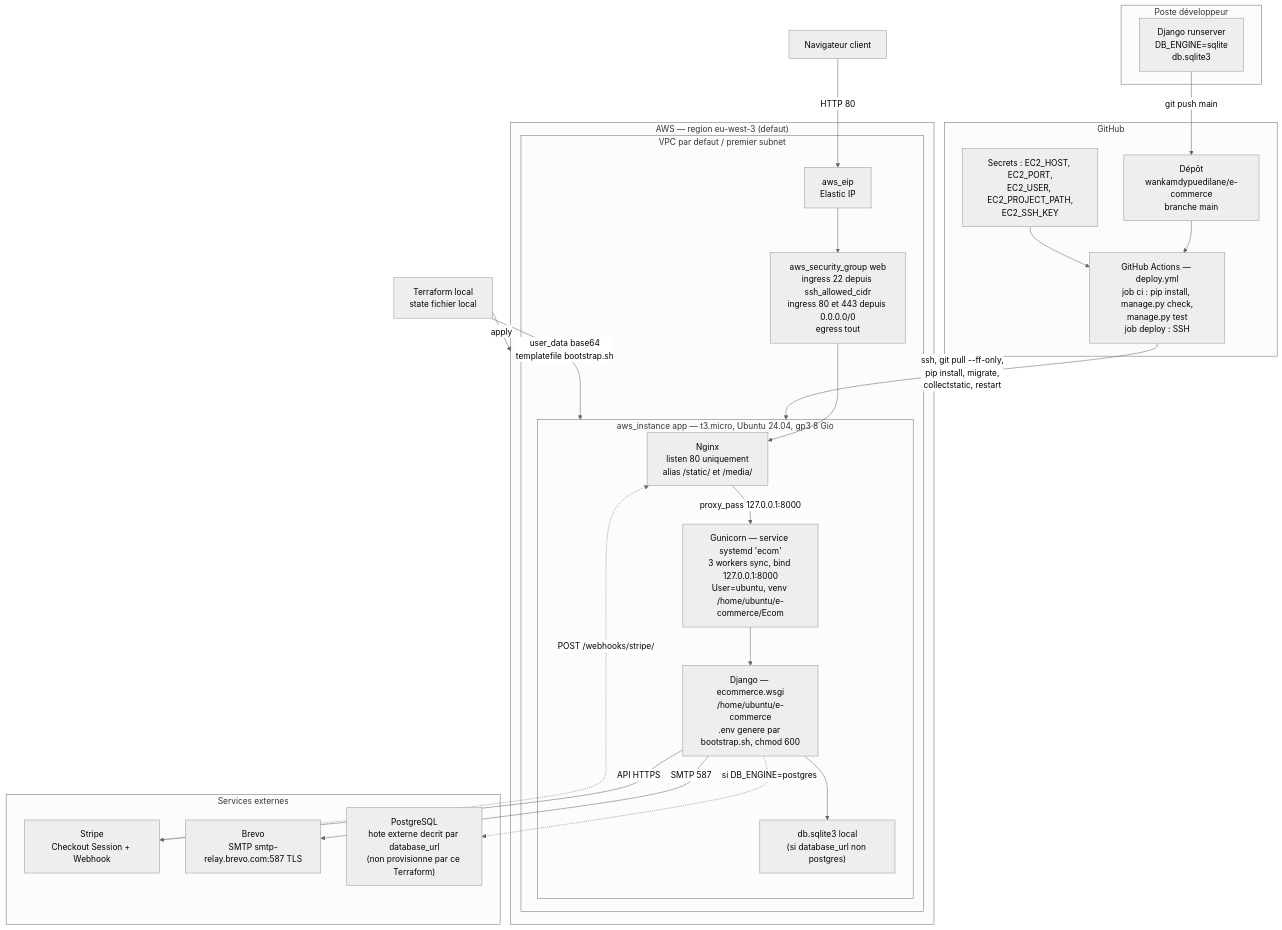
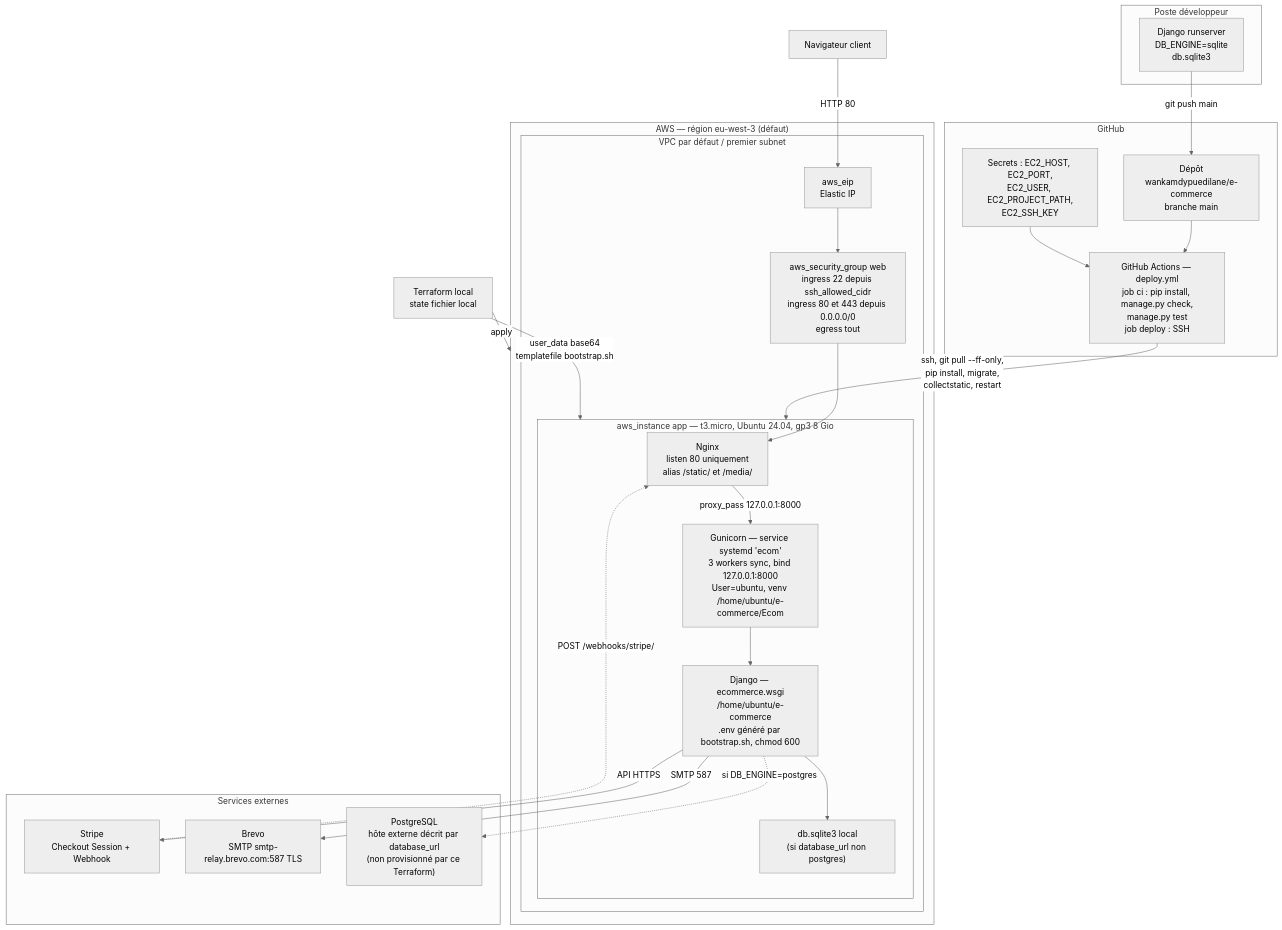
The fourth of 4 diagrams in docs/ARCHITECTURE.md (wankamdypuedilane/e-commerce), drawn with Mermaid (neutral theme) before and after one commit. The commit also changed 1 other file, not shown here.

Commit message:
docs: fix French accents in historical diagrams
Nine corrections, all inside the two Mermaid diagrams describing the
AWS architecture. Technical identifiers left untouched, including
donnees-postgres-0 which is the actual PVC name.

No constat, figure or structure changed.

````diff
--- a/docs/ARCHITECTURE.md
+++ b/docs/ARCHITECTURE.md
@@ -375,51 +375,51 @@
 ```mermaid
 graph TB
     subgraph Dev["Poste développeur"]
         DEV["Django runserver<br/>DB_ENGINE=sqlite<br/>db.sqlite3"]
     end
 
     subgraph GH["GitHub"]
         REPO["Dépôt<br/>wankamdypuedilane/e-commerce<br/>branche main"]
         GA["GitHub Actions — deploy.yml<br/>job ci : pip install, manage.py check,<br/>manage.py test<br/>job deploy : SSH"]
         SEC["Secrets : EC2_HOST, EC2_PORT,<br/>EC2_USER, EC2_PROJECT_PATH,<br/>EC2_SSH_KEY"]
     end
 
-    subgraph AWS["AWS — region eu-west-3 (defaut)"]
-        subgraph VPC["VPC par defaut / premier subnet"]
+    subgraph AWS["AWS — région eu-west-3 (défaut)"]
+        subgraph VPC["VPC par défaut / premier subnet"]
             SG["aws_security_group web<br/>ingress 22 depuis ssh_allowed_cidr<br/>ingress 80 et 443 depuis 0.0.0.0/0<br/>egress tout"]
             EIP["aws_eip<br/>Elastic IP"]
             subgraph EC2["aws_instance app — t3.micro, Ubuntu 24.04, gp3 8 Gio"]
                 NGX["Nginx<br/>listen 80 uniquement<br/>alias /static/ et /media/"]
                 GUN["Gunicorn — service systemd 'ecom'<br/>3 workers sync, bind 127.0.0.1:8000<br/>User=ubuntu, venv /home/ubuntu/e-commerce/Ecom"]
-                APP["Django — ecommerce.wsgi<br/>/home/ubuntu/e-commerce<br/>.env genere par bootstrap.sh, chmod 600"]
+                APP["Django — ecommerce.wsgi<br/>/home/ubuntu/e-commerce<br/>.env généré par bootstrap.sh, chmod 600"]
                 SQL["db.sqlite3 local<br/>(si database_url non postgres)"]
             end
         end
     end
 
     subgraph EXT["Services externes"]
         STRIPE["Stripe<br/>Checkout Session + Webhook"]
         BREVO["Brevo<br/>SMTP smtp-relay.brevo.com:587 TLS"]
-        PG["PostgreSQL<br/>hote externe decrit par database_url<br/>(non provisionne par ce Terraform)"]
+        PG["PostgreSQL<br/>hôte externe décrit par database_url<br/>(non provisionné par ce Terraform)"]
     end
 
     CLIENT["Navigateur client"]
 
     DEV -->|git push main| REPO
     REPO --> GA
     SEC --> GA
     GA -->|ssh, git pull --ff-only,<br/>pip install, migrate,<br/>collectstatic, restart| EC2
 
     CLIENT -->|HTTP 80| EIP
     EIP --> SG --> NGX
     NGX -->|proxy_pass 127.0.0.1:8000| GUN
     GUN --> APP
     APP --> SQL
     APP -.->|si DB_ENGINE=postgres| PG
     APP -->|API HTTPS| STRIPE
     STRIPE -.->|POST /webhooks/stripe/| NGX
     APP -->|SMTP 587| BREVO
 
     TF["Terraform local<br/>state fichier local"] -->|apply| AWS
     TF -->|user_data base64<br/>templatefile bootstrap.sh| EC2
 ```
````
